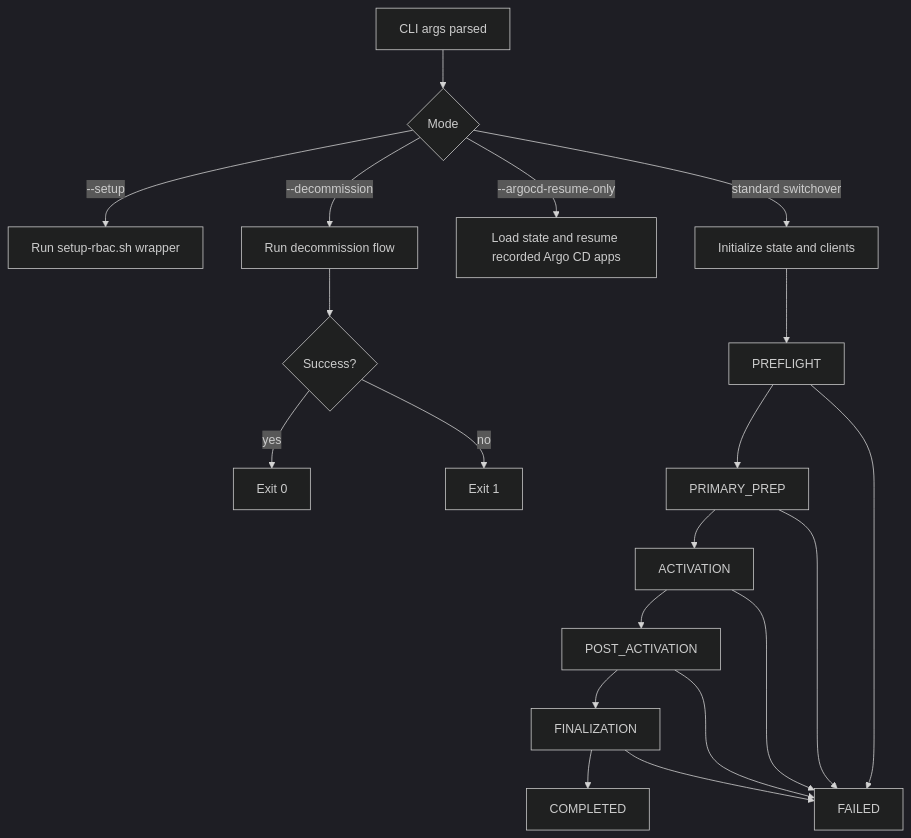
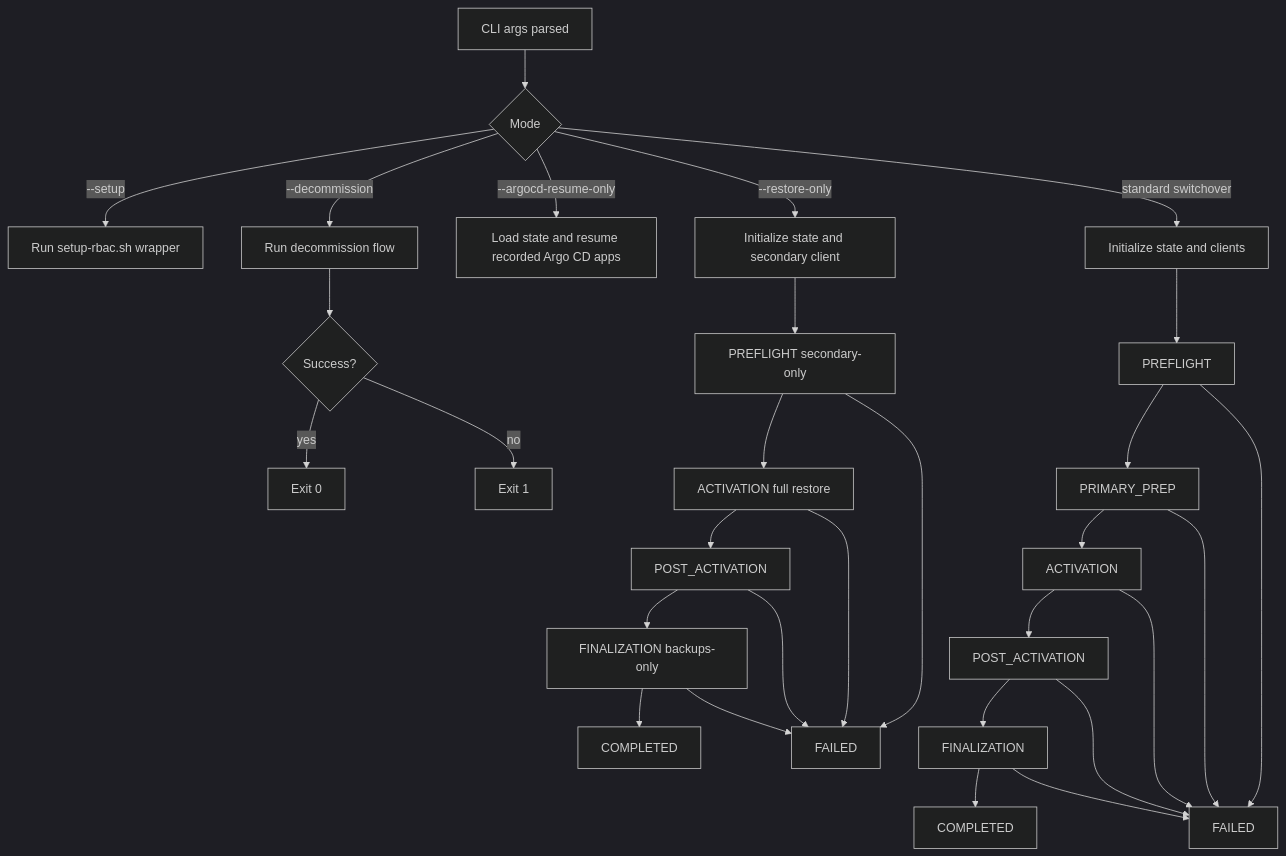
The first of 2 diagrams in docs/development/architecture.md (tomazb/rh-acm-switchover), drawn with Mermaid (dark theme) before and after one commit. The commit also changed other lines of this file and 3 other files, not shown here.

First line of the commit message:
docs: add restore-only skill, update README and architecture diagrams

````diff
--- a/docs/development/architecture.md
+++ b/docs/development/architecture.md
@@ -74,22 +76,32 @@
 ```mermaid
 flowchart TD
     A[CLI args parsed] --> B{Mode}
     B -->|--setup| C[Run setup-rbac.sh wrapper]
     B -->|--decommission| D[Run decommission flow]
     B -->|--argocd-resume-only| E[Load state and resume recorded Argo CD apps]
+    B -->|--restore-only| R[Initialize state and secondary client]
     B -->|standard switchover| F[Initialize state and clients]
     D --> D1{Success?}
     D1 -->|yes| D2[Exit 0]
     D1 -->|no| D3[Exit 1]
+    R --> RG[PREFLIGHT secondary-only]
+    RG --> RI[ACTIVATION full restore]
+    RI --> RJ[POST_ACTIVATION]
+    RJ --> RM[FINALIZATION backups-only]
+    RM --> RK[COMPLETED]
+    RG --> RL[FAILED]
+    RI --> RL
+    RJ --> RL
+    RM --> RL
     F --> G[PREFLIGHT]
     G --> H[PRIMARY_PREP]
     H --> I[ACTIVATION]
     I --> J[POST_ACTIVATION]
     J --> M[FINALIZATION]
     M --> K[COMPLETED]
     G --> L[FAILED]
     H --> L
     I --> L
     J --> L
     M --> L
 ```
````
